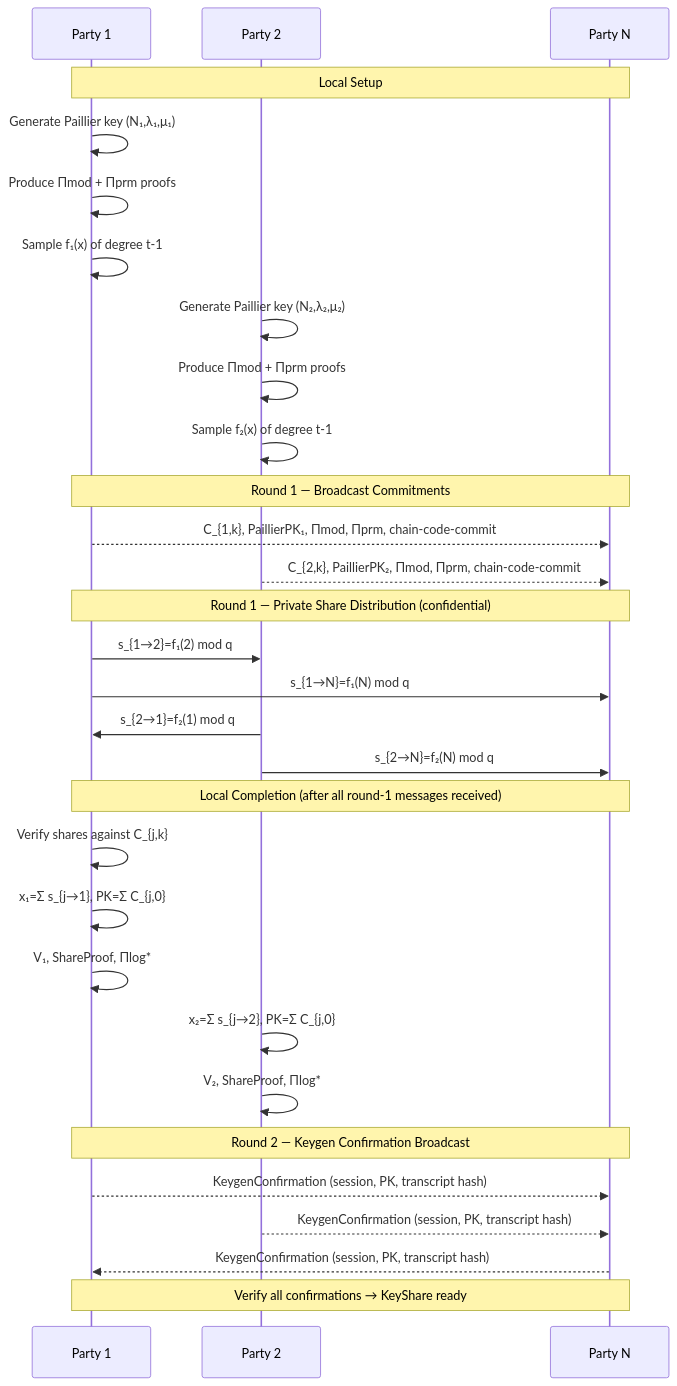
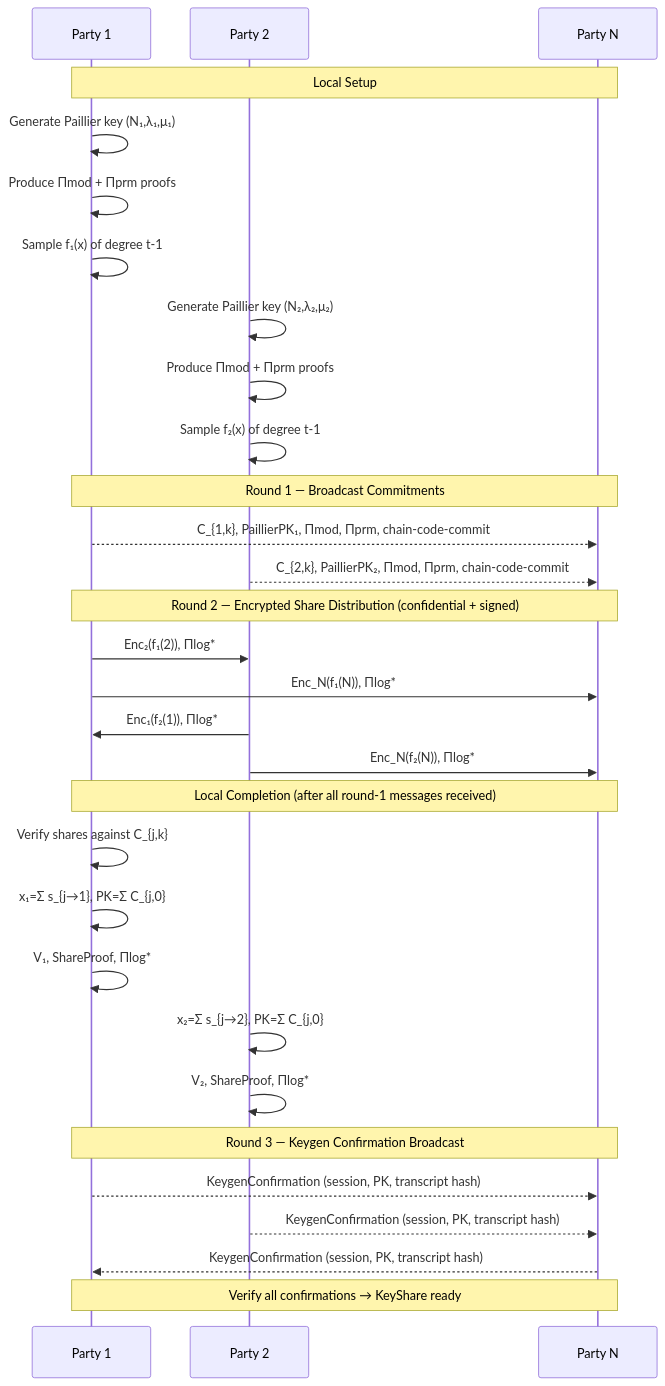
Before and after one commit to islishude/tss: the first of 5 diagrams in docs/cggmp21-secp256k1.md, drawn with Mermaid. The commit also changed other lines of this file and 137 other files, not shown here.

````diff
--- a/docs/cggmp21-secp256k1.md
+++ b/docs/cggmp21-secp256k1.md
@@ -718,38 +798,38 @@
 ```mermaid
 sequenceDiagram
     participant P1 as Party 1
     participant P2 as Party 2
     participant PN as Party N
 
     Note over P1,PN: Local Setup
     P1->>P1: Generate Paillier key (N₁,λ₁,μ₁)
     P1->>P1: Produce Πmod + Πprm proofs
     P1->>P1: Sample f₁(x) of degree t-1
     P2->>P2: Generate Paillier key (N₂,λ₂,μ₂)
     P2->>P2: Produce Πmod + Πprm proofs
     P2->>P2: Sample f₂(x) of degree t-1
 
     Note over P1,PN: Round 1 — Broadcast Commitments
     P1-->>PN: C_{1,k}, PaillierPK₁, Πmod, Πprm, chain-code-commit
     P2-->>PN: C_{2,k}, PaillierPK₂, Πmod, Πprm, chain-code-commit
 
-    Note over P1,PN: Round 1 — Private Share Distribution (confidential)
-    P1->>P2: s_{1→2}=f₁(2) mod q
-    P1->>PN: s_{1→N}=f₁(N) mod q
-    P2->>P1: s_{2→1}=f₂(1) mod q
-    P2->>PN: s_{2→N}=f₂(N) mod q
+    Note over P1,PN: Round 2 — Encrypted Share Distribution (confidential + signed)
+    P1->>P2: Enc₂(f₁(2)), Πlog*
+    P1->>PN: Enc_N(f₁(N)), Πlog*
+    P2->>P1: Enc₁(f₂(1)), Πlog*
+    P2->>PN: Enc_N(f₂(N)), Πlog*
 
     Note over P1,PN: Local Completion (after all round-1 messages received)
     P1->>P1: Verify shares against C_{j,k}
     P1->>P1: x₁=Σ s_{j→1}, PK=Σ C_{j,0}
     P1->>P1: V₁, ShareProof, Πlog*
     P2->>P2: x₂=Σ s_{j→2}, PK=Σ C_{j,0}
     P2->>P2: V₂, ShareProof, Πlog*
 
-    Note over P1,PN: Round 2 — Keygen Confirmation Broadcast
+    Note over P1,PN: Round 3 — Keygen Confirmation Broadcast
     P1-->>PN: KeygenConfirmation (session, PK, transcript hash)
     P2-->>PN: KeygenConfirmation (session, PK, transcript hash)
     PN-->>P1: KeygenConfirmation (session, PK, transcript hash)
 
     Note over P1,PN: Verify all confirmations → KeyShare ready
 ```
````
